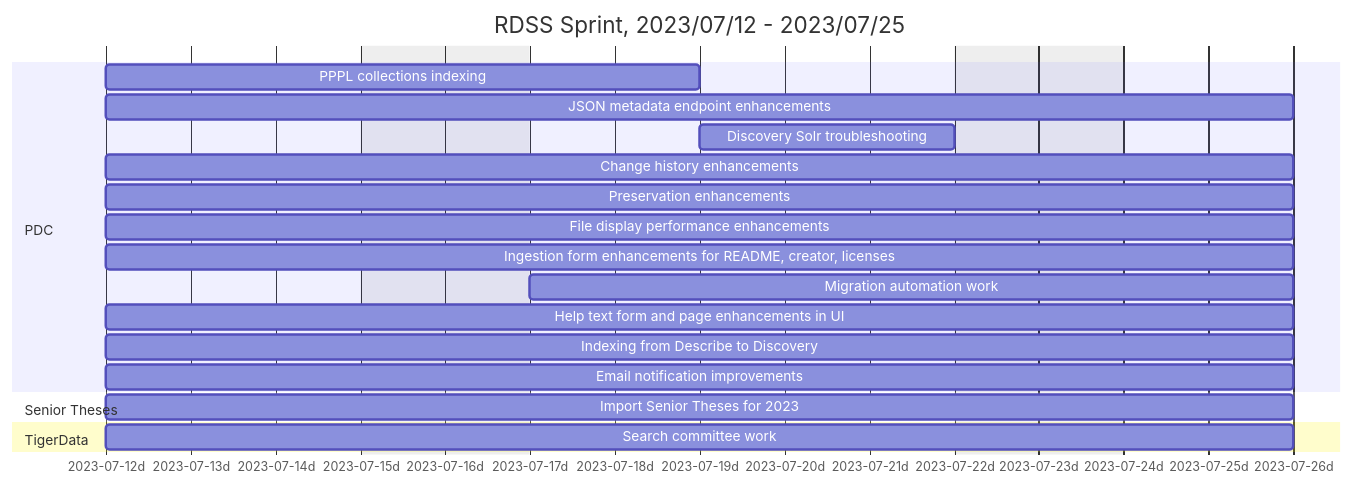
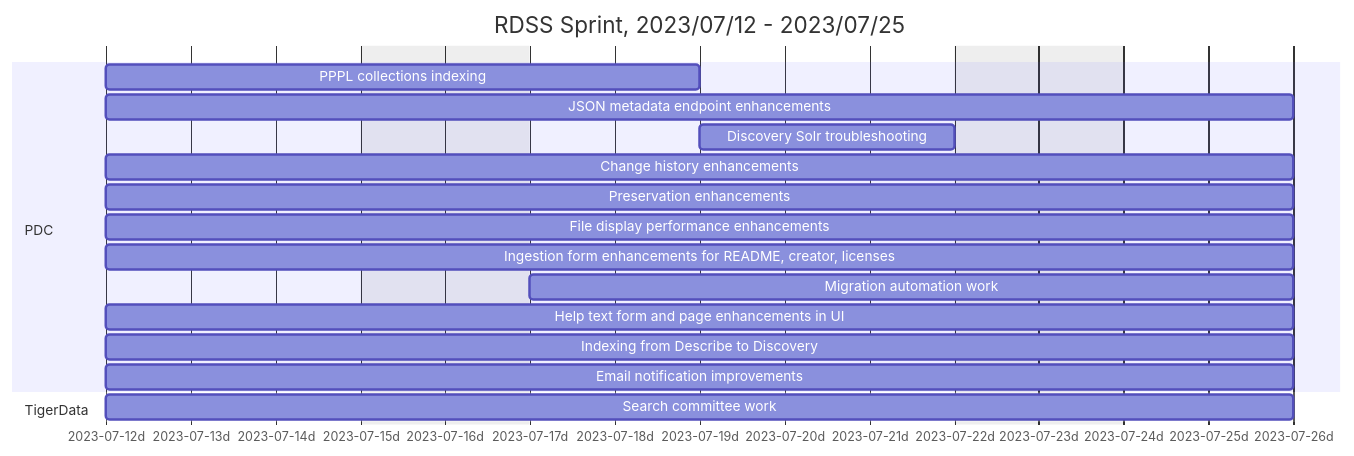
One commit to pulibrary/rdss-handbook changed the fourth of 28 diagrams in roadmap.md. Above: the diagram before and after it, drawn with Mermaid. The commit also changed other lines of this file, not shown here.

````diff
--- a/roadmap.md
+++ b/roadmap.md
@@ -32,23 +84,21 @@
 ```mermaid
 gantt
     title RDSS Sprint, 2023/07/12 - 2023/07/25
     axisFormat  %Y-%m-%dd
     dateformat YYYY-MM-DD
     excludes weekends
     section PDC
     PPPL collections indexing: pdc1, 2023-07-12, 5d
     JSON metadata endpoint enhancements: pdc1, 2023-07-12, 10d
     Discovery Solr troubleshooting: pdc1, 2023-07-19, 3d
     Change history enhancements: pdc1, 2023-07-12, 10d
     Preservation enhancements: pdc1, 2023-07-12, 10d
     File display performance enhancements: pdc1, 2023-07-12, 10d
     Ingestion form enhancements for README, creator, licenses: pdc1, 2023-07-12, 10d
     Migration automation work: pdc1, 2023-07-17, 7d
     Help text form and page enhancements in UI: pdc1, 2023-07-12, 10d
     Indexing from Describe to Discovery: pdc1, 2023-07-12, 10d
     Email notification improvements: pdc1, 2023-07-12, 10d
-    section Senior Theses
-    Import Senior Theses for 2023: st1, 2023-07-12, 10d
     section TigerData
     Search committee work: td1, 2023-07-12, 10d
 ```
````
